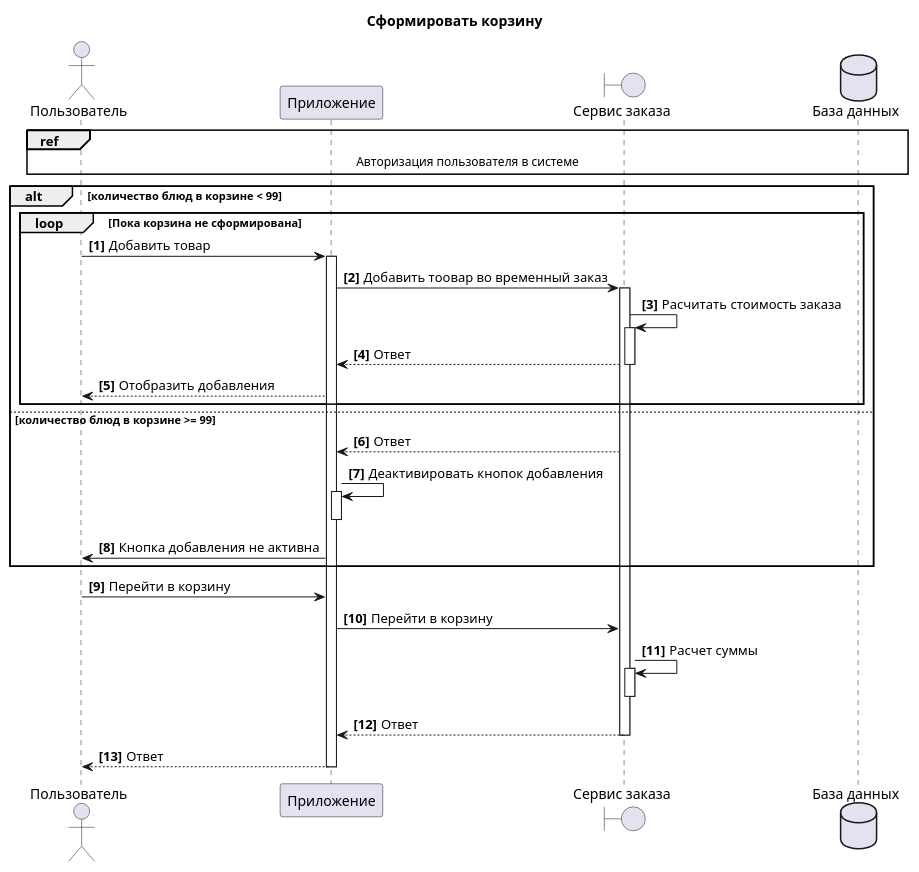
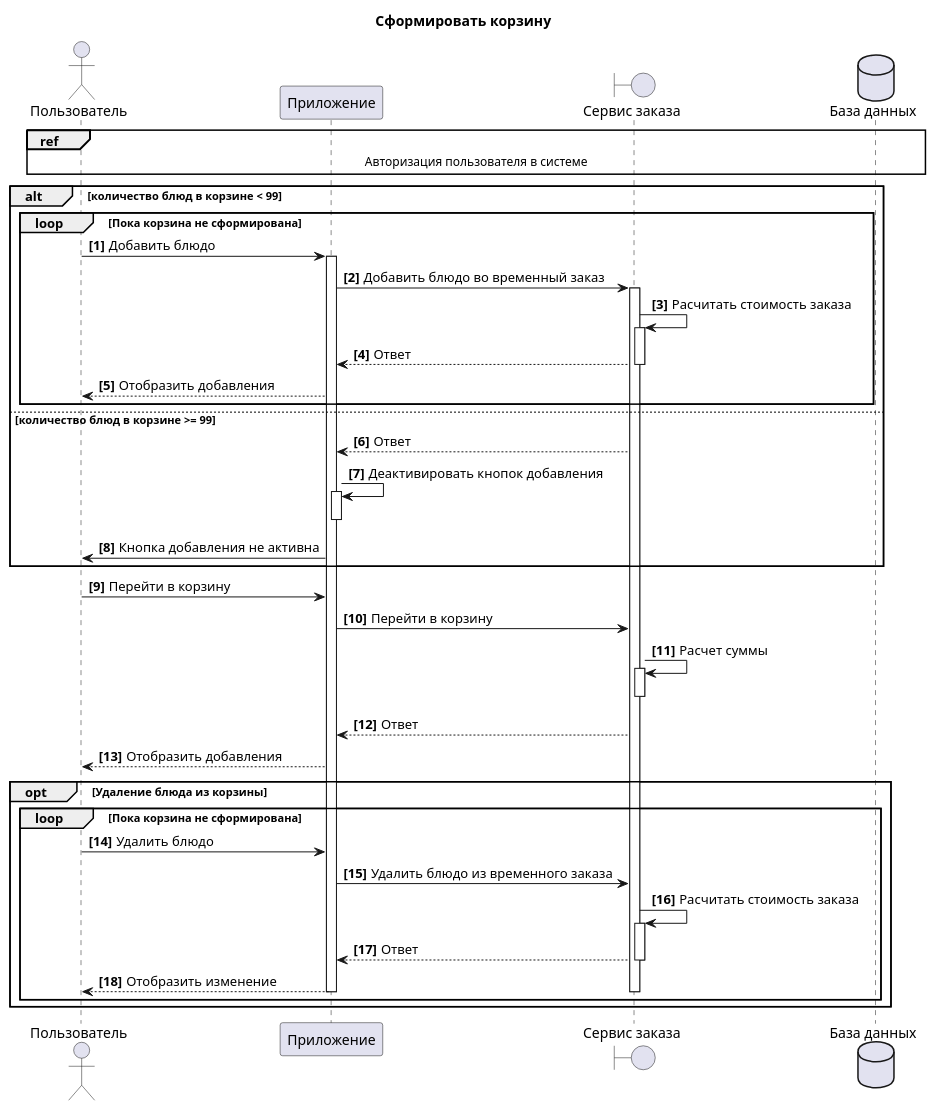
Before and after one commit to Mimitrii/RoboPoint: the diagram in 5_UML/UC_4_CreateBasket.wsd, drawn with PlantUML. The commit also changed 5 other files, not shown here.

Commit message:
update uml

```diff
--- a/5_UML/UC_4_CreateBasket.wsd
+++ b/5_UML/UC_4_CreateBasket.wsd
@@ -1,35 +1,46 @@
 @startuml
 title Сформировать корзину
 actor "Пользователь" as U 
 participant  "Приложение" as A 
 boundary "Сервис заказа" as S
 dataBase "База данных" as DB 
 autonumber "<b>[0]"  
 
 ref over U,A,S,DB
 Авторизация пользователя в системе
 end ref
 
 alt количество блюд в корзине < 99
 loop Пока корзина не сформирована 
-U->A++: Добавить товар 
-A->S++: Добавить тоовар во временный заказ
+U->A++: Добавить блюдо 
+A->S++: Добавить блюдо во временный заказ
 S->S++: Расчитать стоимость заказа
 S-->A--:Ответ
 A-->U: Отобразить добавления
 end
 else количество блюд в корзине >= 99
 S-->A:Ответ
 A->A++: Деактивировать кнопок добавления
 A--
 A->U: Кнопка добавления не активна
 end
 
 U->A: Перейти в корзину 
 A->S: Перейти в корзину
 S->S++: Расчет суммы 
 S--
-return Ответ
-return Ответ
+S-->A:Ответ
+A-->U: Отобразить добавления
 
+opt Удаление блюда из корзины
+loop Пока корзина не сформирована 
+U->A: Удалить блюдо 
+A->S: Удалить блюдо из временного заказа
+S->S++: Расчитать стоимость заказа
+S-->A--:Ответ
+A-->U: Отобразить изменение
+A--
+S--
+end
+end
 @enduml
```
